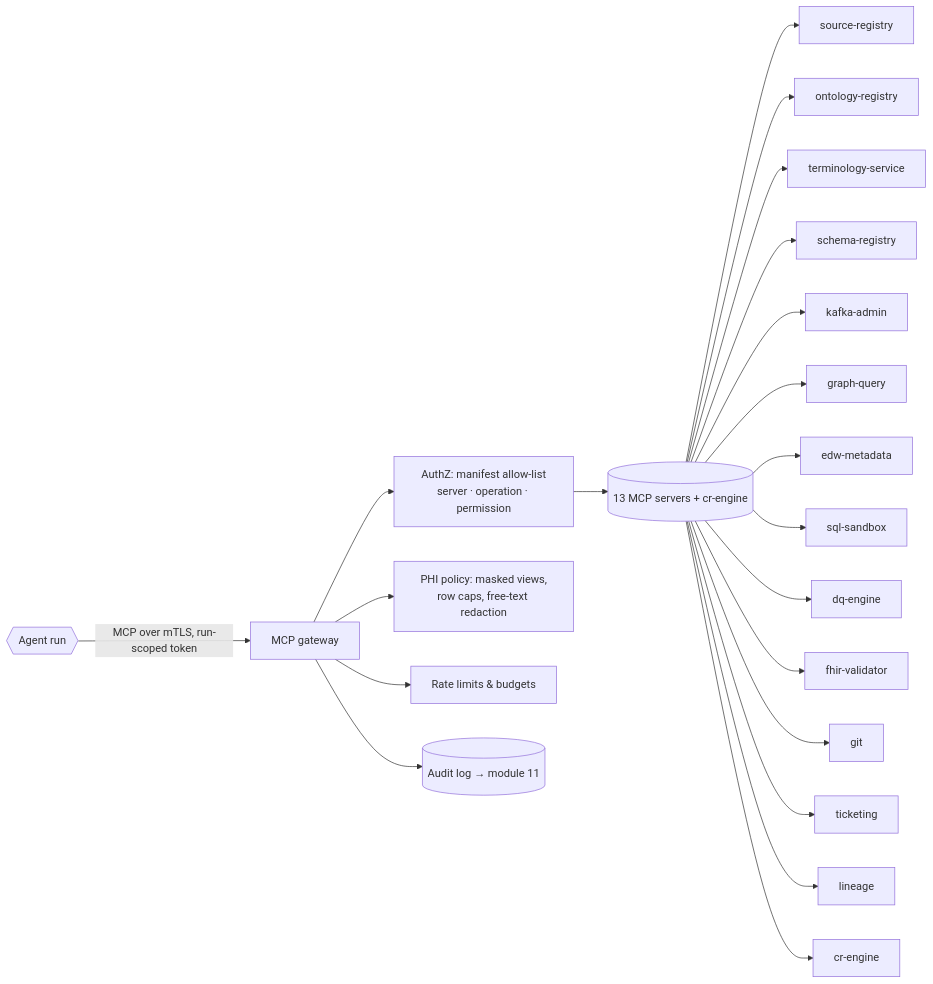
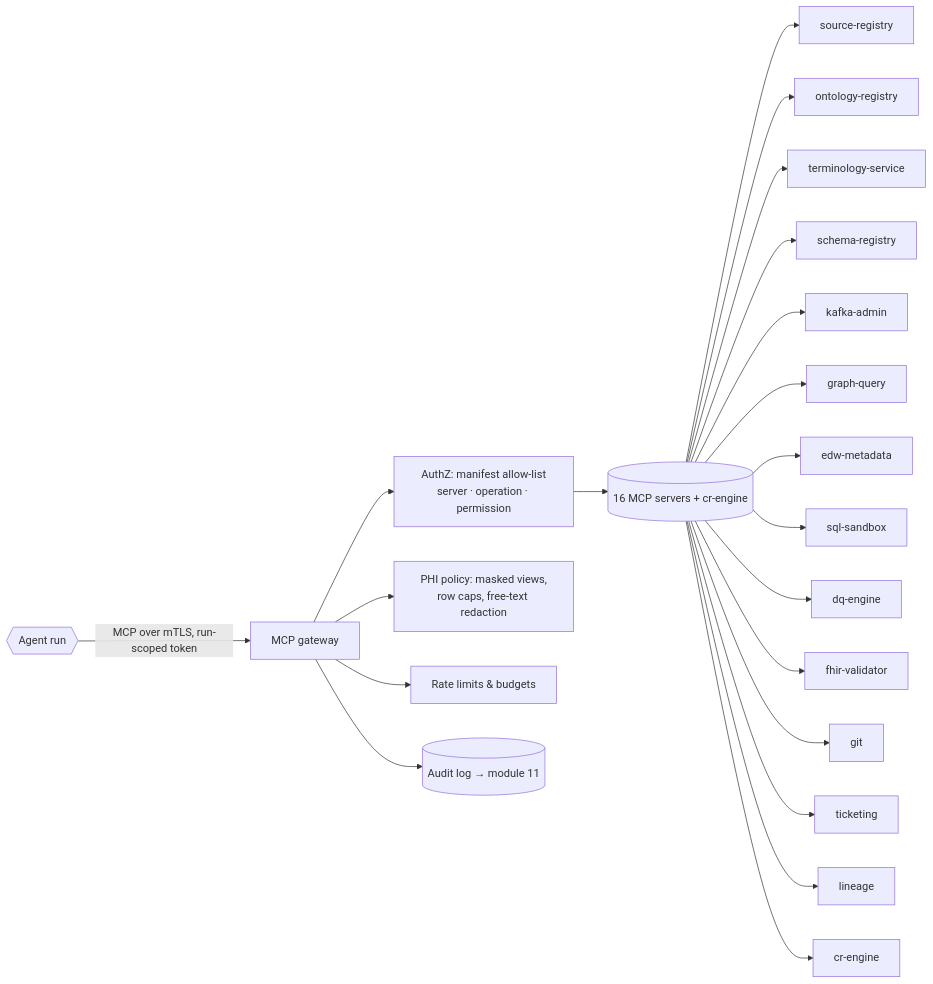
One commit to mujiq/pubmed-download changed the diagram in PRD/10-agentic-pipeline/04-tools-and-mcp.md. Above: the diagram before and after it, drawn with Mermaid. The commit also changed other lines of this file and 6 other files, not shown here.

````diff
--- a/PRD/10-agentic-pipeline/04-tools-and-mcp.md
+++ b/PRD/10-agentic-pipeline/04-tools-and-mcp.md
@@ -21,23 +21,23 @@
 ```mermaid
 flowchart LR
   AG{{Agent run}} -->|MCP over mTLS, run-scoped token| GW[MCP gateway]
   GW --> AZ[AuthZ: manifest allow-list<br/>server · operation · permission]
   GW --> PH[PHI policy: masked views,<br/>row caps, free-text redaction]
   GW --> RL[Rate limits & budgets]
   GW --> AU[(Audit log → module 11)]
-  AZ --> S[(13 MCP servers + cr-engine)]
+  AZ --> S[(16 MCP servers + cr-engine)]
   S --> SR[source-registry]
   S --> OR[ontology-registry]
   S --> TS[terminology-service]
   S --> SCR[schema-registry]
   S --> KA[kafka-admin]
   S --> GQ[graph-query]
   S --> EM[edw-metadata]
   S --> SQ[sql-sandbox]
   S --> DQ[dq-engine]
   S --> FV[fhir-validator]
   S --> GIT[git]
   S --> TK[ticketing]
   S --> LN[lineage]
   S --> CRE[cr-engine]
 ```
````
